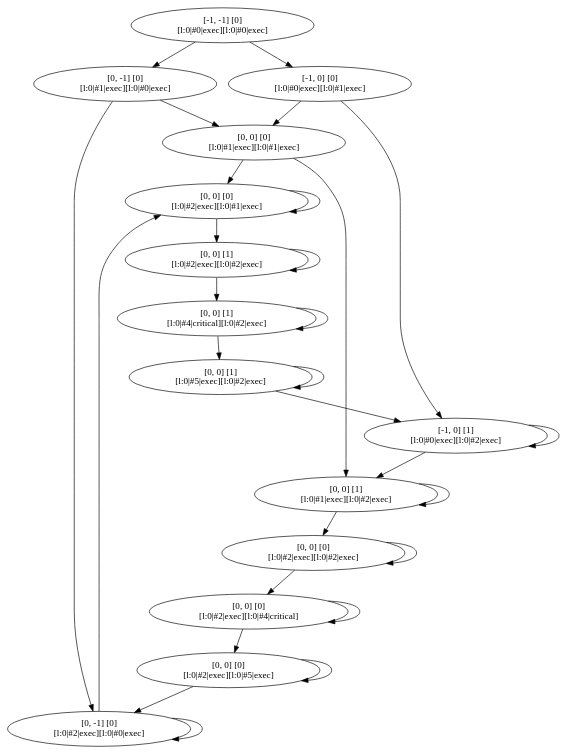
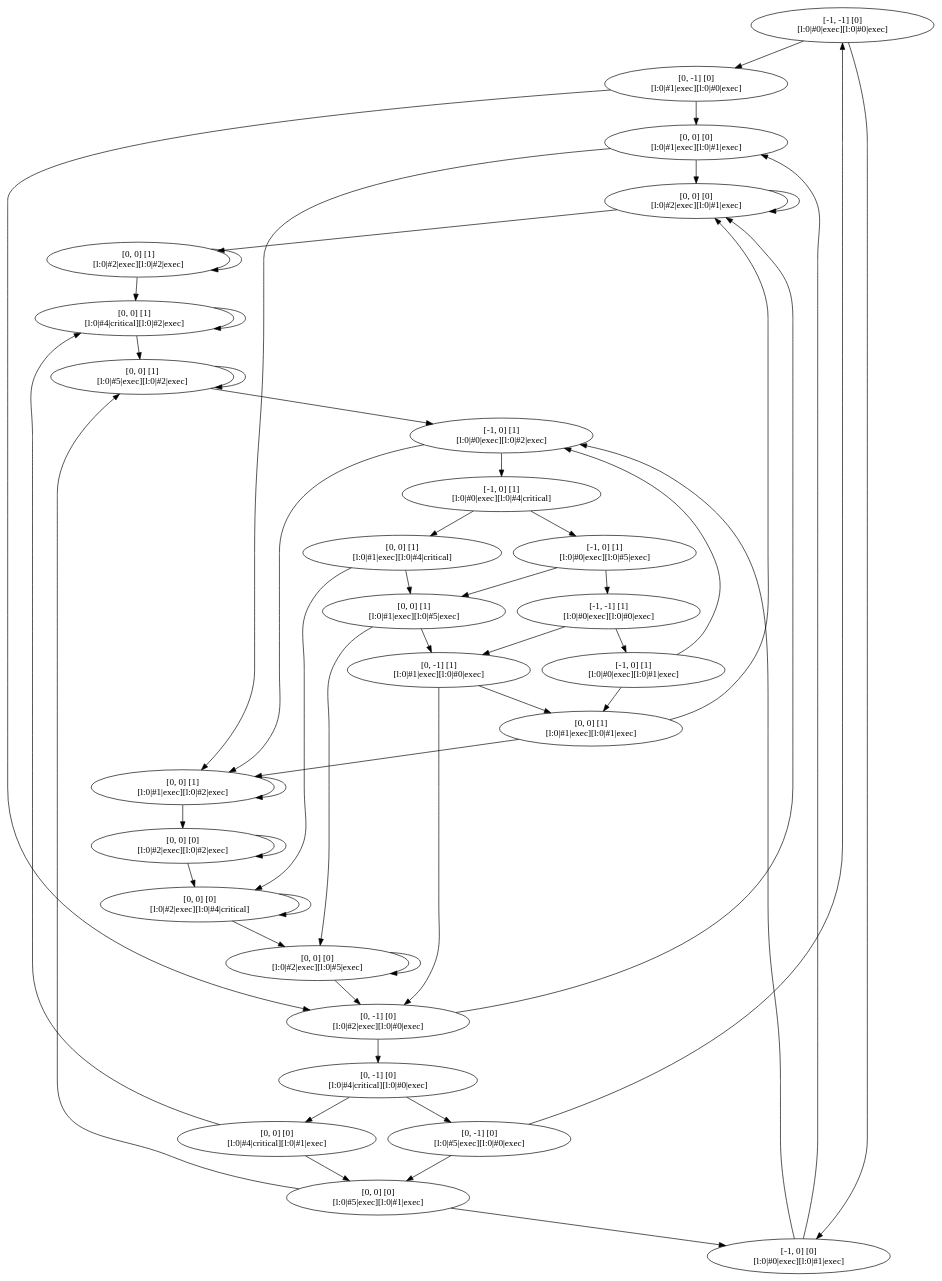
Before and after one commit to JoshuaMoelans/BDD_AlgoStudy: the diagram in output/TS_P2.dot, drawn with Graphviz. The commit also changed 6 other files, not shown here.

```diff
--- a/output/TS_P2.dot
+++ b/output/TS_P2.dot
@@ -1,45 +1,81 @@
 digraph G {
 0 [label="[-1, -1] [0]\n[l:0|#0|exec][l:0|#0|exec]"]
 1 [label="[0, -1] [0]\n[l:0|#1|exec][l:0|#0|exec]"]
 4 [label="[0, 0] [0]\n[l:0|#1|exec][l:0|#1|exec]"]
 2 [label="[-1, 0] [0]\n[l:0|#0|exec][l:0|#1|exec]"]
 3 [label="[0, -1] [0]\n[l:0|#2|exec][l:0|#0|exec]"]
 6 [label="[-1, 0] [1]\n[l:0|#0|exec][l:0|#2|exec]"]
+7 [label="[0, -1] [0]\n[l:0|#4|critical][l:0|#0|exec]"]
 8 [label="[0, 0] [0]\n[l:0|#2|exec][l:0|#1|exec]"]
 10 [label="[0, 0] [1]\n[l:0|#1|exec][l:0|#2|exec]"]
-14 [label="[0, 0] [1]\n[l:0|#2|exec][l:0|#2|exec]"]
-15 [label="[0, 0] [0]\n[l:0|#2|exec][l:0|#2|exec]"]
-17 [label="[0, 0] [1]\n[l:0|#4|critical][l:0|#2|exec]"]
-20 [label="[0, 0] [0]\n[l:0|#2|exec][l:0|#4|critical]"]
-21 [label="[0, 0] [1]\n[l:0|#5|exec][l:0|#2|exec]"]
-24 [label="[0, 0] [0]\n[l:0|#2|exec][l:0|#5|exec]"]
+12 [label="[-1, 0] [1]\n[l:0|#0|exec][l:0|#4|critical]"]
+13 [label="[0, -1] [0]\n[l:0|#5|exec][l:0|#0|exec]"]
+14 [label="[0, 0] [0]\n[l:0|#4|critical][l:0|#1|exec]"]
+16 [label="[0, 0] [1]\n[l:0|#2|exec][l:0|#2|exec]"]
+17 [label="[0, 0] [0]\n[l:0|#2|exec][l:0|#2|exec]"]
+19 [label="[0, 0] [1]\n[l:0|#1|exec][l:0|#4|critical]"]
+20 [label="[-1, 0] [1]\n[l:0|#0|exec][l:0|#5|exec]"]
+28 [label="[0, 0] [0]\n[l:0|#2|exec][l:0|#4|critical]"]
+24 [label="[0, 0] [1]\n[l:0|#4|critical][l:0|#2|exec]"]
+22 [label="[0, 0] [0]\n[l:0|#5|exec][l:0|#1|exec]"]
+30 [label="[0, 0] [1]\n[l:0|#1|exec][l:0|#5|exec]"]
+32 [label="[-1, -1] [1]\n[l:0|#0|exec][l:0|#0|exec]"]
+34 [label="[0, 0] [1]\n[l:0|#5|exec][l:0|#2|exec]"]
+38 [label="[0, 0] [0]\n[l:0|#2|exec][l:0|#5|exec]"]
+40 [label="[0, -1] [1]\n[l:0|#1|exec][l:0|#0|exec]"]
+42 [label="[-1, 0] [1]\n[l:0|#0|exec][l:0|#1|exec]"]
+48 [label="[0, 0] [1]\n[l:0|#1|exec][l:0|#1|exec]"]
 0 -> 1
 0 -> 2
 1 -> 3
 1 -> 4
 2 -> 4
 2 -> 6
-3 -> 3
+3 -> 7
 3 -> 8
 4 -> 8
 4 -> 10
 6 -> 10
-6 -> 6
+6 -> 12
+7 -> 13
+7 -> 14
 8 -> 8
-8 -> 14
-10 -> 15
+8 -> 16
+10 -> 17
 10 -> 10
-14 -> 17
-14 -> 14
-15 -> 15
-15 -> 20
-17 -> 21
+12 -> 19
+12 -> 20
+13 -> 0
+13 -> 22
+14 -> 22
+14 -> 24
+16 -> 24
+16 -> 16
 17 -> 17
-20 -> 20
-20 -> 24
-21 -> 6
-21 -> 21
+17 -> 28
+19 -> 28
+19 -> 30
+20 -> 30
+20 -> 32
+22 -> 2
+22 -> 34
+24 -> 34
 24 -> 24
-24 -> 3
+28 -> 28
+28 -> 38
+30 -> 38
+30 -> 40
+32 -> 40
+32 -> 42
+34 -> 6
+34 -> 34
+38 -> 38
+38 -> 3
+40 -> 3
+40 -> 48
+42 -> 48
+42 -> 6
+48 -> 8
+48 -> 10
 
 }
```
